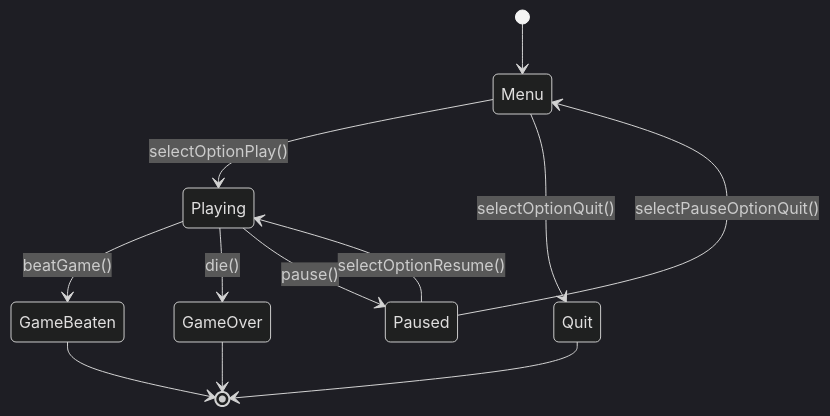
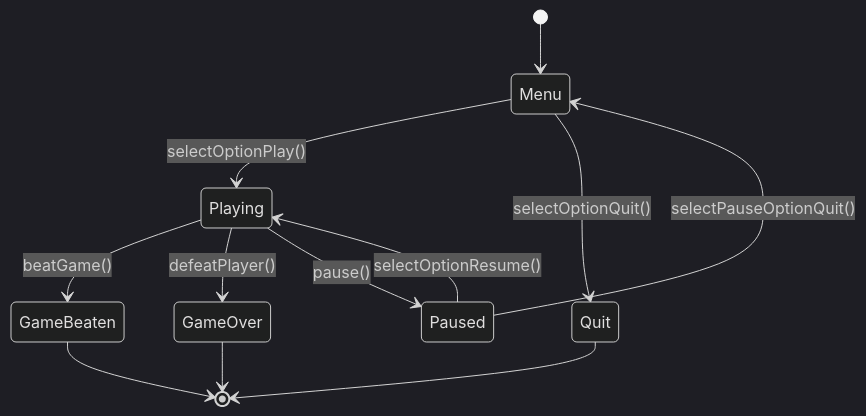
One commit to antondm11/DiagramTest-iLERNTALE changed the first of 3 diagrams in README.md. Above: the diagram before and after it, drawn with Mermaid (dark theme).

````diff
--- a/README.md
+++ b/README.md
@@ -6,38 +6,38 @@
 ``` mermaid
 
 stateDiagram-v2
 %% Diagrama de Estados del juego iLERNTALE
 
 %% Se inicia el juego y va al Menú Principal
 [*] --> Menu
 %%% En el Menú puede elegir varias opciones
 
 %% Playing: Estado jugando - Se cuenta la parte del prólogo
 Menu --> Playing: selectOptionPlay()
 
 %% Quit: Estado de cerrar el juego
 Menu --> Quit: selectOptionQuit()
 
 %% Playing: Estado jugando - Llevará a "Game Beaten" si se pasa el juego 
 Playing --> GameBeaten : beatGame()
 
 %% Playing: Estado jugando - Llevará a "Game Over" si muere 
 
-Playing --> GameOver : die()
+Playing --> GameOver : defeatPlayer()
 
 %% Playing: Estado jugando - Llevará a Pausa al pulsar Esc (cambio a estado Paused)
 Playing --> Paused : pause()
 
 %% Pausa: Seleccionar opción "Salir", que lleva de vuelta al Menú principal
 Paused --> Menu: selectPauseOptionQuit()
 
 %% Pausa: Seleccionar opción "Reanudar", que devuelve al juego (mapa o combate)
 Paused --> Playing : selectOptionResume()
 
 
 GameBeaten --> [*]
 GameOver --> [*]
 Quit--> [*]
 
 
 ```
````
